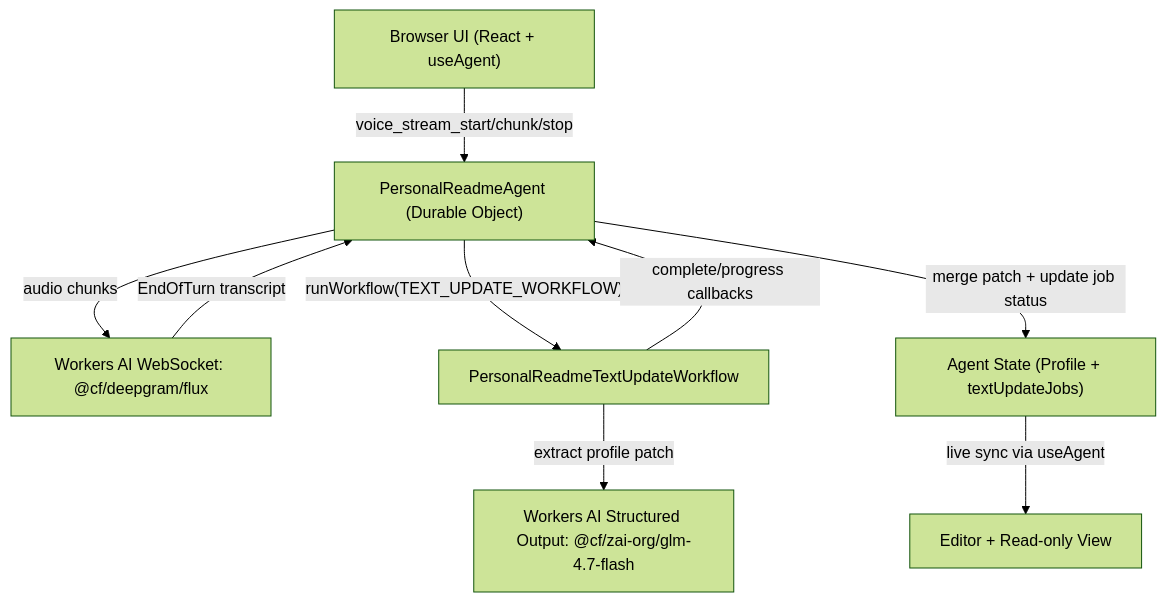
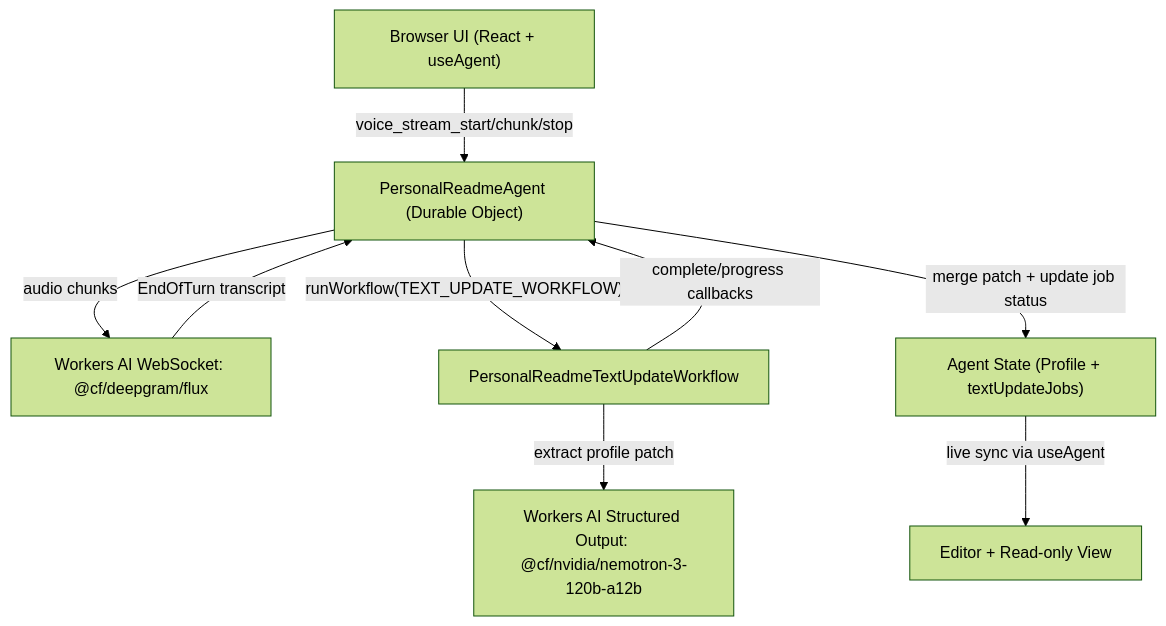
Before and after one commit to craigsdennis/personal-readme-agent: the diagram in README.md, drawn with Mermaid (forest theme). The commit also changed 1 other file, not shown here.

Commit message:
Updates to nemotron

````diff
--- a/README.md
+++ b/README.md
@@ -7,19 +7,19 @@
 ```mermaid
 flowchart TD
   Browser["Browser UI (React + useAgent)"]
   Agent["PersonalReadmeAgent (Durable Object)"]
   Flux["Workers AI WebSocket: @cf/deepgram/flux"]
   Wf["PersonalReadmeTextUpdateWorkflow"]
-  Gen["Workers AI Structured Output: @cf/zai-org/glm-4.7-flash"]
+  Gen["Workers AI Structured Output: @cf/nvidia/nemotron-3-120b-a12b"]
   State["Agent State (Profile + textUpdateJobs)"]
   View["Editor + Read-only View"]
 
   Browser -- "voice_stream_start/chunk/stop" --> Agent
   Agent -- "audio chunks" --> Flux
   Flux -- "EndOfTurn transcript" --> Agent
   Agent -- "runWorkflow(TEXT_UPDATE_WORKFLOW)" --> Wf
   Wf -- "extract profile patch" --> Gen
   Wf -- "complete/progress callbacks" --> Agent
   Agent -- "merge patch + update job status" --> State
   State -- "live sync via useAgent" --> View
 ```
````
